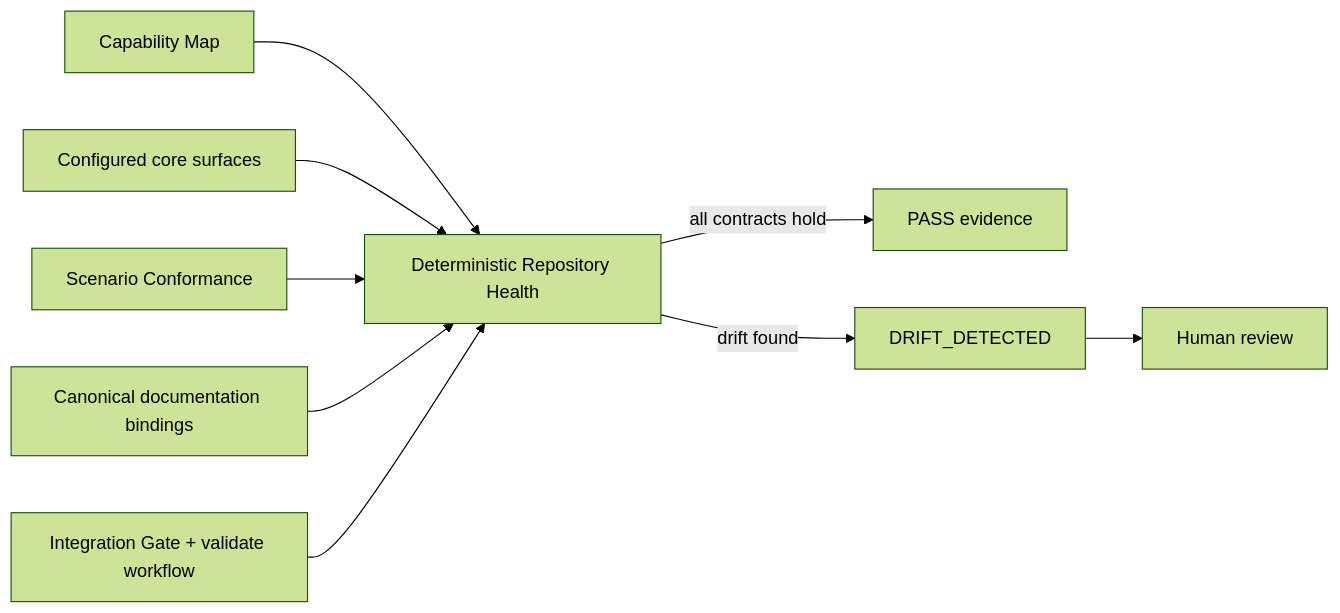
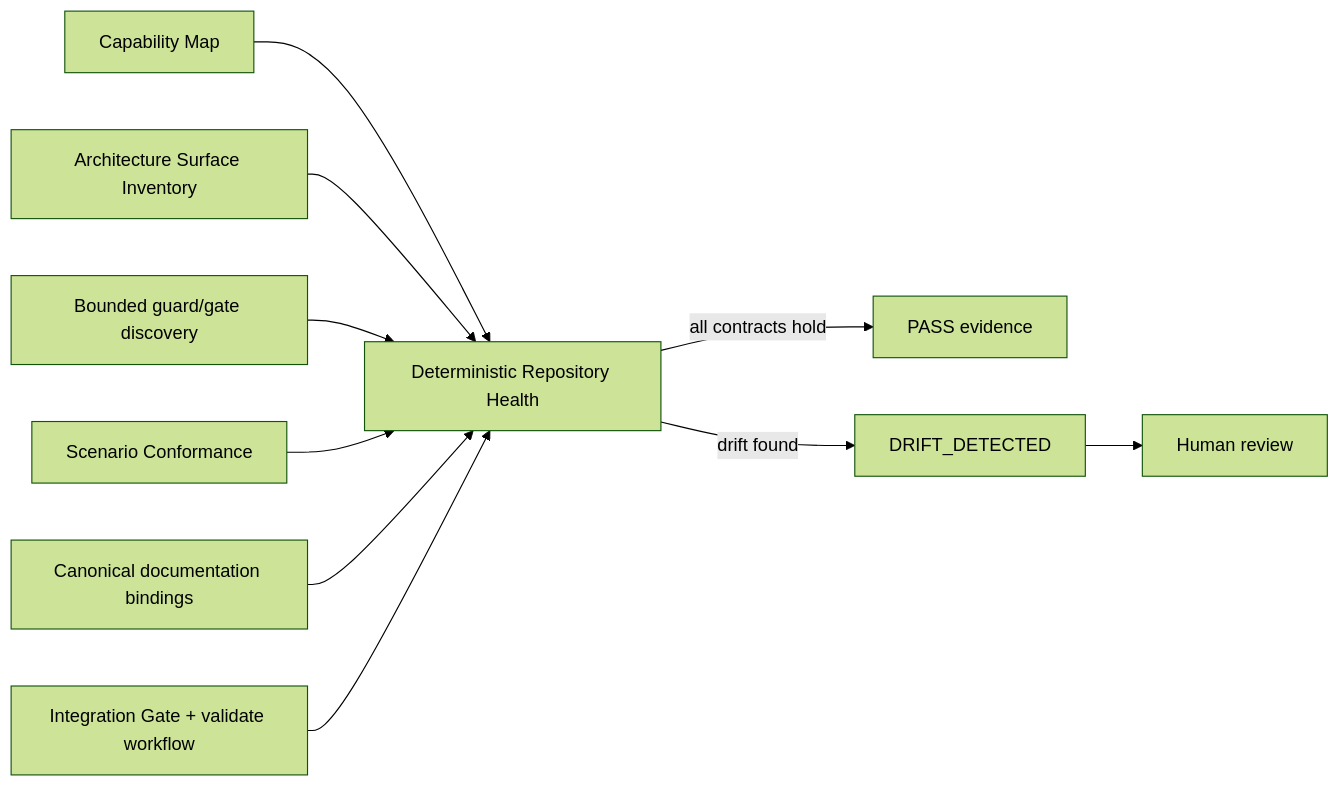
One commit to LucasLu3918/ai-product-system changed diagram 32 of 32 in docs/ARCHITECTURE.md. Above: the diagram before and after it, drawn with Mermaid (forest theme). The commit also changed other lines of this file and 15 other files, not shown here.

First line of the commit message:
feat(governance): inventory architecture surfaces (#117)

```diff
--- a/docs/ARCHITECTURE.md
+++ b/docs/ARCHITECTURE.md
@@ -741,11 +741,12 @@
 ~~~mermaid
 flowchart LR
     CM[Capability Map] --> RH[Deterministic Repository Health]
-    CS[Configured core surfaces] --> RH
+    ASI[Architecture Surface Inventory] --> RH
+    GD[Bounded guard/gate discovery] --> RH
     SC[Scenario Conformance] --> RH
     DOC[Canonical documentation bindings] --> RH
     IG[Integration Gate + validate workflow] --> RH
     RH -->|all contracts hold| PASS[PASS evidence]
     RH -->|drift found| DRIFT[DRIFT_DETECTED]
     DRIFT --> HUMAN[Human review]
 ~~~
```
